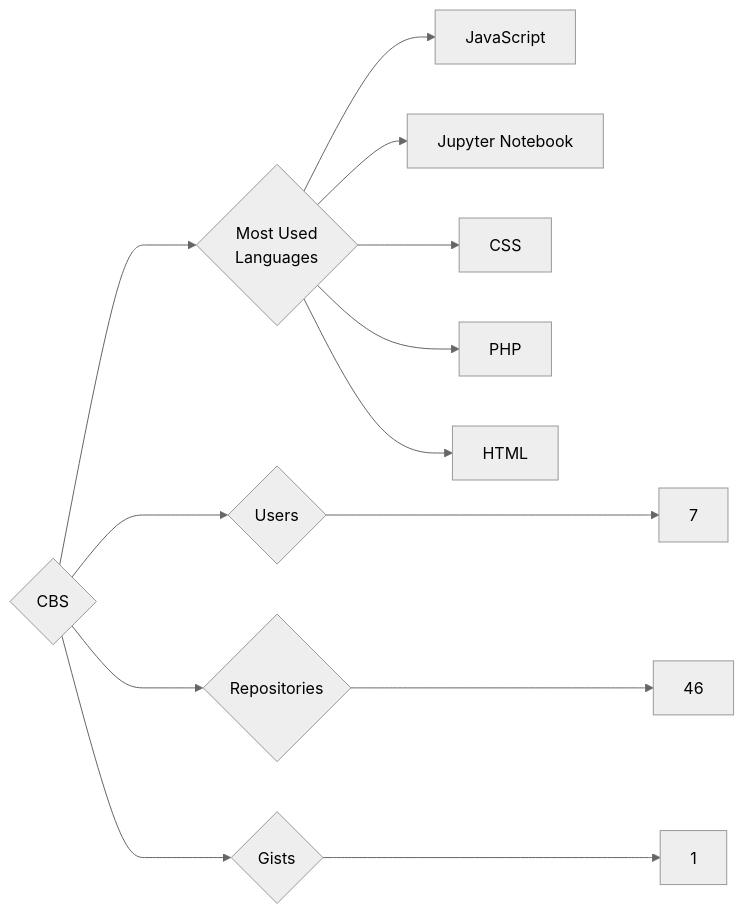
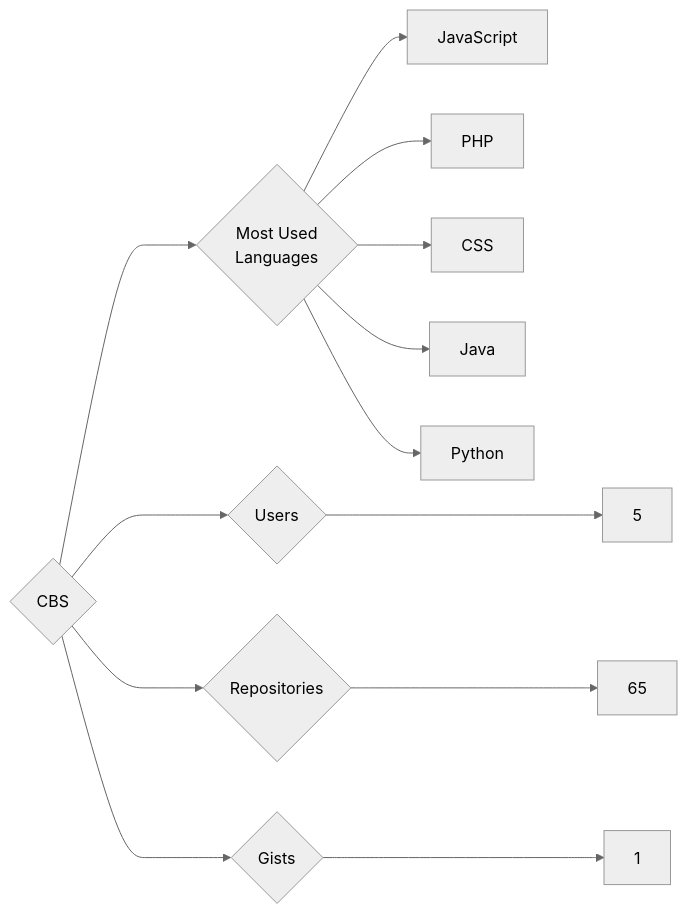
The diagram in targets/CBS/README.md (trickest/insiders), drawn with Mermaid (neutral theme) before and after one commit. The commit also changed 782 other files, not shown here.

````diff
--- a/targets/CBS/README.md
+++ b/targets/CBS/README.md
@@ -3,13 +3,13 @@
 ```mermaid
 graph LR
 COMPANY_NAME{CBS}
-COMPANY_NAME ---> U{Users} ---> UN[7]
-COMPANY_NAME ---> R{Repositories} ---> RN[46]
+COMPANY_NAME ---> U{Users} ---> UN[5]
+COMPANY_NAME ---> R{Repositories} ---> RN[65]
 COMPANY_NAME ---> G{Gists} ---> GN[1]
 COMPANY_NAME ---> ML{Most Used<br>Languages}
 ML --> JavaScript[JavaScript]
-ML --> Jupyter_Notebook[Jupyter Notebook]
+ML --> PHP[PHP]
 ML --> CSS[CSS]
-ML --> PHP[PHP]
-ML --> HTML[HTML]
+ML --> Java[Java]
+ML --> Python[Python]
 ```
````
